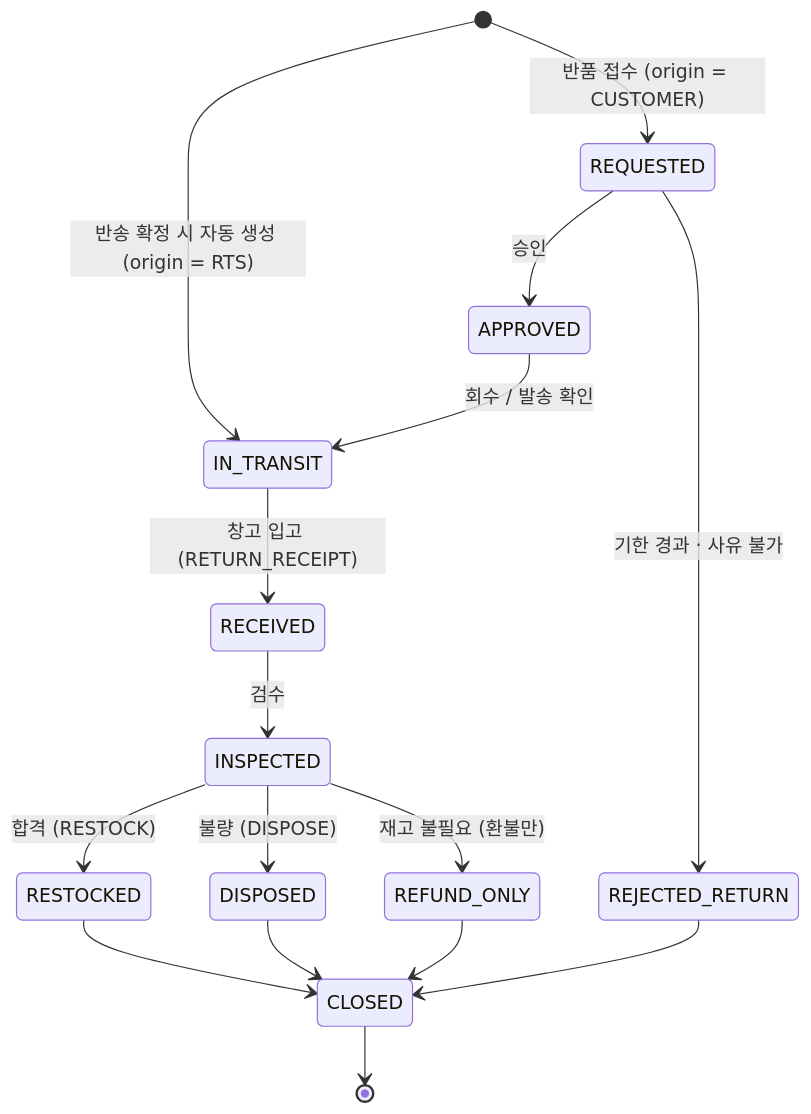
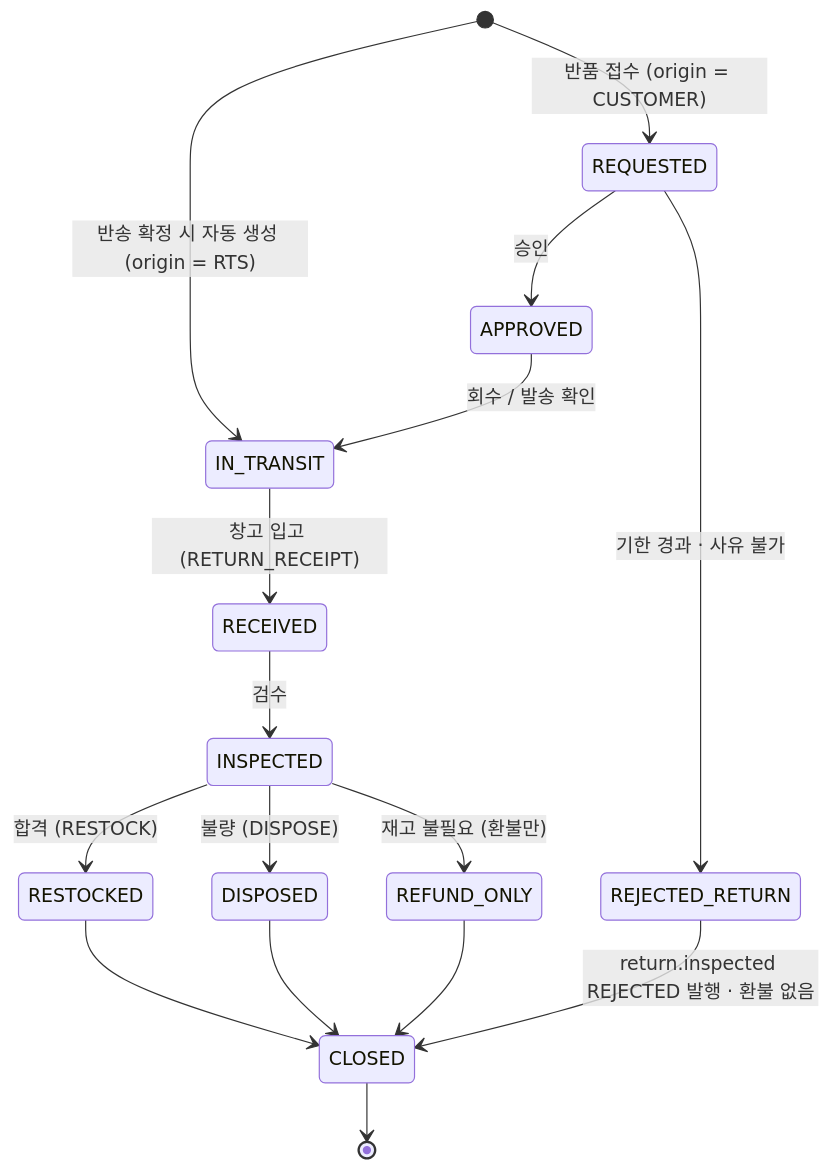
The eighth of 21 diagrams in docs/design/phases/03-fulfillment.md (1985jwlee/portpolio_backend), drawn with Mermaid before and after one commit. The commit also changed other lines of this file and 50 other files, not shown here.

````diff
--- a/docs/design/phases/03-fulfillment.md
+++ b/docs/design/phases/03-fulfillment.md
@@ -491,18 +491,18 @@
 ```mermaid
 stateDiagram-v2
     [*] --> REQUESTED : 반품 접수 (origin = CUSTOMER)
     [*] --> IN_TRANSIT : 반송 확정 시 자동 생성 (origin = RTS)
     REQUESTED --> APPROVED : 승인
     REQUESTED --> REJECTED_RETURN : 기한 경과 · 사유 불가
     APPROVED --> IN_TRANSIT : 회수 / 발송 확인
     IN_TRANSIT --> RECEIVED : 창고 입고 (RETURN_RECEIPT)
     RECEIVED --> INSPECTED : 검수
     INSPECTED --> RESTOCKED : 합격 (RESTOCK)
     INSPECTED --> DISPOSED : 불량 (DISPOSE)
     INSPECTED --> REFUND_ONLY : 재고 불필요 (환불만)
     RESTOCKED --> CLOSED
     DISPOSED --> CLOSED
     REFUND_ONLY --> CLOSED
-    REJECTED_RETURN --> CLOSED
+    REJECTED_RETURN --> CLOSED : return.inspected REJECTED 발행 · 환불 없음
     CLOSED --> [*]
 ```
````
